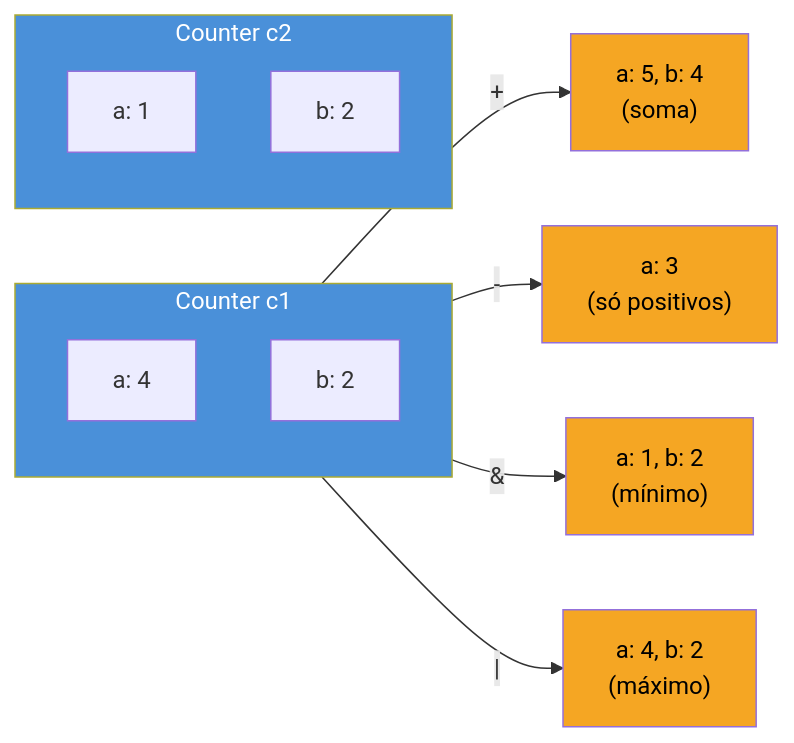
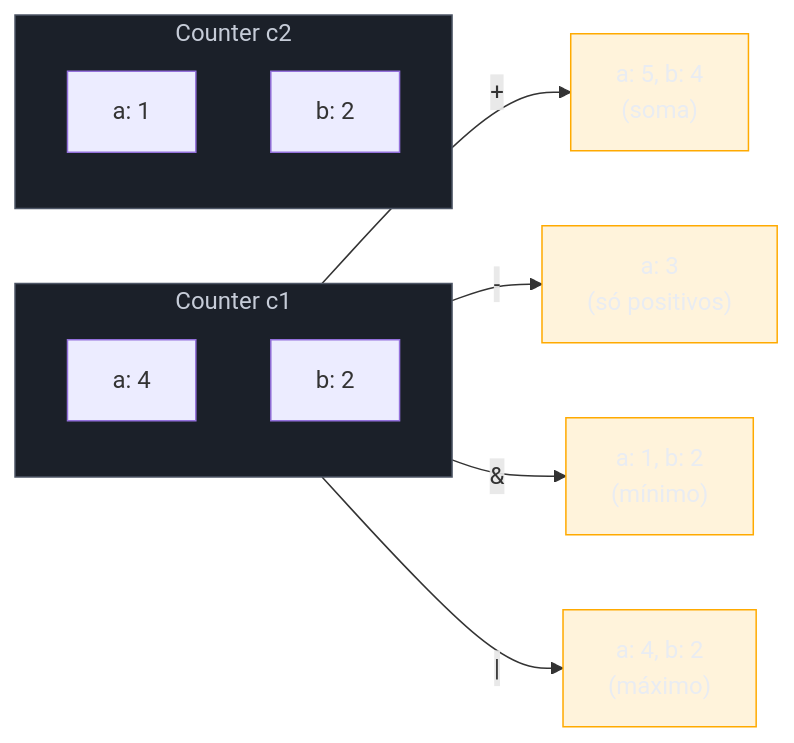
One commit to josenaldo/codex-technomanticus changed the first of 2 diagrams in 03-Dominios/Tecnologia/Python/Collections e Comprehensions/07 - O módulo collections — Counter, defaultdict, deque, namedtuple.md. Above: the diagram before and after it, drawn with Mermaid. The commit also changed 1181 other files, not shown here.

First line of the commit message:
fix(diagramas): paleta do sistema no lugar de cor cravada no markdown

````diff
--- a/03-Dominios/Tecnologia/Python/Collections e Comprehensions/07 - O módulo collections — Counter, defaultdict, deque, namedtuple.md
+++ b/03-Dominios/Tecnologia/Python/Collections e Comprehensions/07 - O módulo collections — Counter, defaultdict, deque, namedtuple.md
@@ -159,22 +159,24 @@
 ```mermaid
 flowchart LR
+    classDef neutro fill:#1B2029,stroke:#4E5666,color:#C6CCD8
+    classDef destaque fill:#FFAA0024,stroke:#FFAA00,color:#E9ECF2
     subgraph c1e["Counter c1"]
         a1["a: 4"]
         b1["b: 2"]
     end
     subgraph c2e["Counter c2"]
         a2["a: 1"]
         b2["b: 2"]
     end
     c1e -->|"+"| soma["a: 5, b: 4<br/>(soma)"]
     c1e -->|"-"| sub["a: 3<br/>(só positivos)"]
     c1e -->|"&"| inter["a: 1, b: 2<br/>(mínimo)"]
     c1e -->|"|"| uniao["a: 4, b: 2<br/>(máximo)"]
 
-    style c1e fill:#4A90D9,color:#fff
-    style c2e fill:#4A90D9,color:#fff
-    style soma fill:#F5A623,color:#000
-    style sub fill:#F5A623,color:#000
-    style inter fill:#F5A623,color:#000
-    style uniao fill:#F5A623,color:#000
+    class c1e neutro
+    class c2e neutro
+    class soma destaque
+    class sub destaque
+    class inter destaque
+    class uniao destaque
 ```
````
